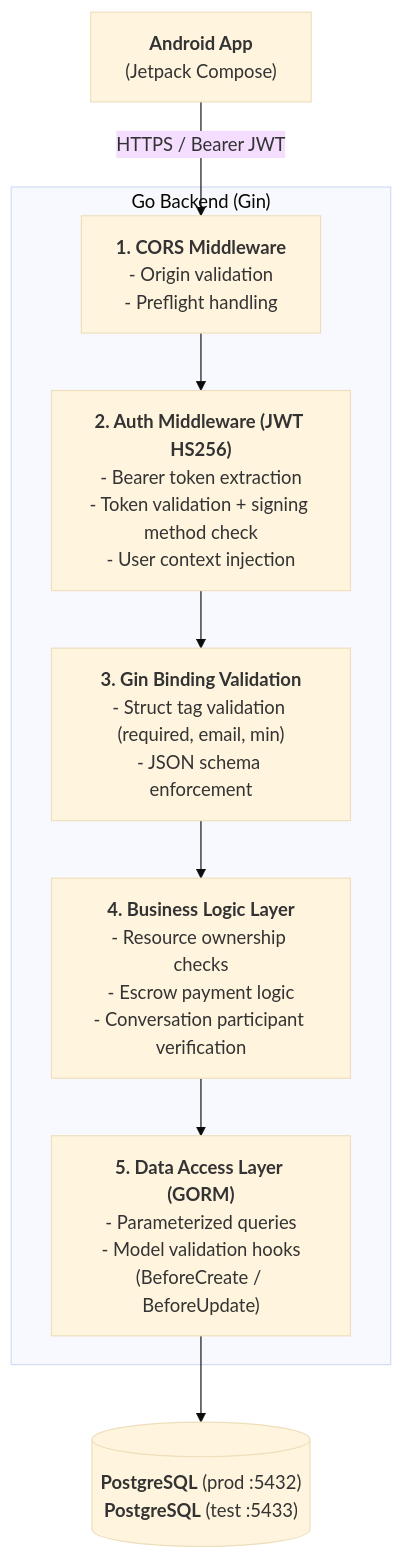
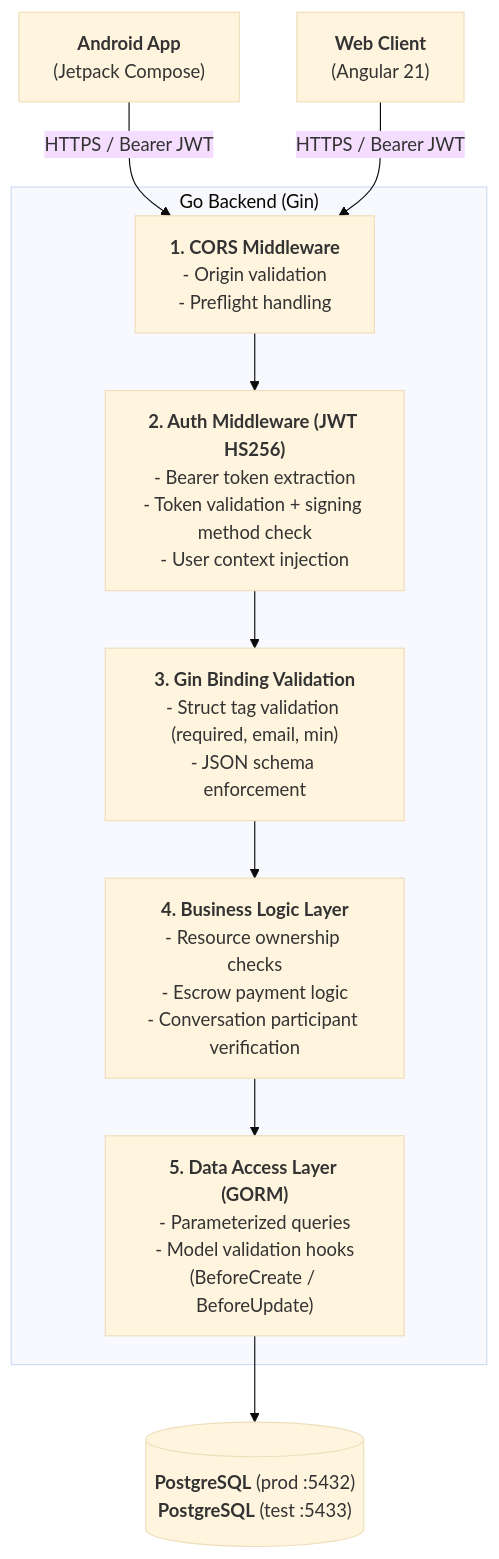
The diagram in docs/technical/SECURITY.md (nhannht/viecz), drawn with Mermaid (base theme) before and after one commit. The commit also changed other lines of this file and 8 other files, not shown here.

First line of the commit message:
docs: Update all technical docs to reflect Angular web client (KNS-79)

````diff
--- a/docs/technical/SECURITY.md
+++ b/docs/technical/SECURITY.md
@@ -29,21 +30,23 @@
 ```mermaid
 flowchart TD
     APP["<b>Android App</b><br/>(Jetpack Compose)"]
+    WEBAPP["<b>Web Client</b><br/>(Angular 21)"]
 
     subgraph BACKEND ["Go Backend (Gin)"]
         L1["<b>1. CORS Middleware</b><br/>- Origin validation<br/>- Preflight handling"]
         L2["<b>2. Auth Middleware (JWT HS256)</b><br/>- Bearer token extraction<br/>- Token validation + signing method check<br/>- User context injection"]
         L3["<b>3. Gin Binding Validation</b><br/>- Struct tag validation (required, email, min)<br/>- JSON schema enforcement"]
         L4["<b>4. Business Logic Layer</b><br/>- Resource ownership checks<br/>- Escrow payment logic<br/>- Conversation participant verification"]
         L5["<b>5. Data Access Layer (GORM)</b><br/>- Parameterized queries<br/>- Model validation hooks<br/>(BeforeCreate / BeforeUpdate)"]
     end
 
     DB[("<b>PostgreSQL</b> (prod :5432)<br/><b>PostgreSQL</b> (test :5433)")]
 
     APP -- "HTTPS / Bearer JWT" --> L1
+    WEBAPP -- "HTTPS / Bearer JWT" --> L1
     L1 --> L2
     L2 --> L3
     L3 --> L4
     L4 --> L5
     L5 --> DB
 ```
````
